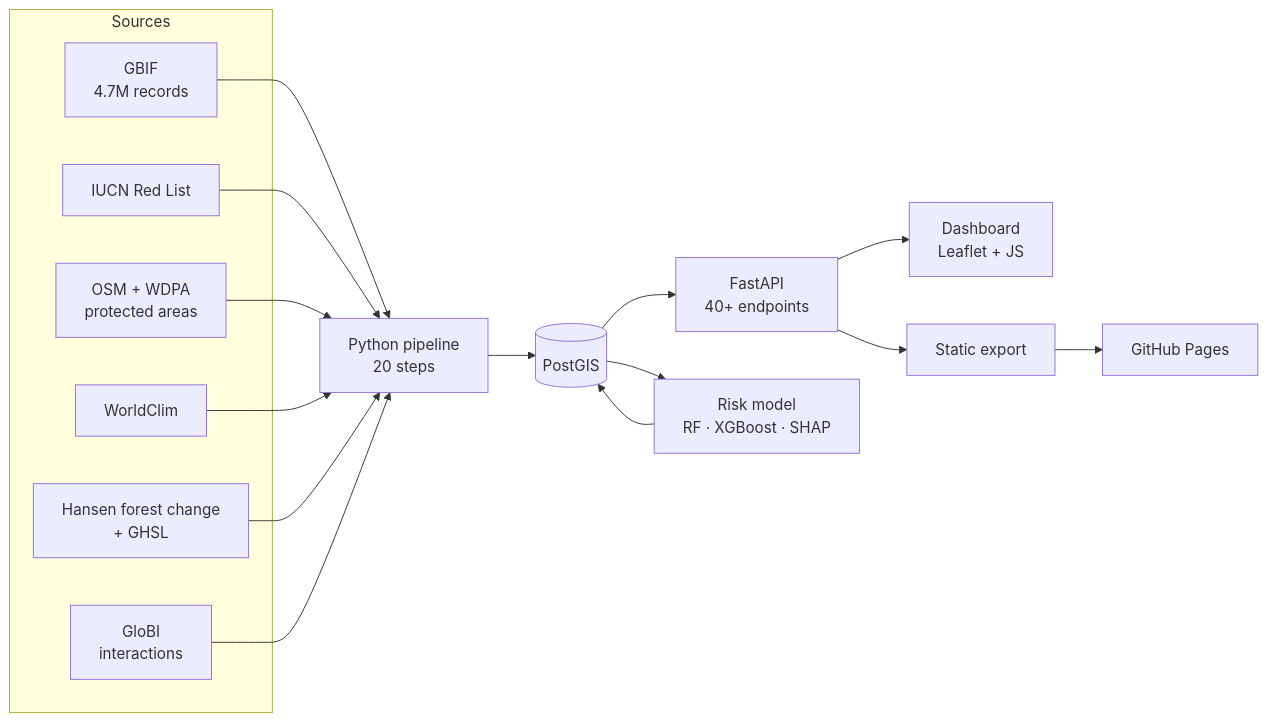
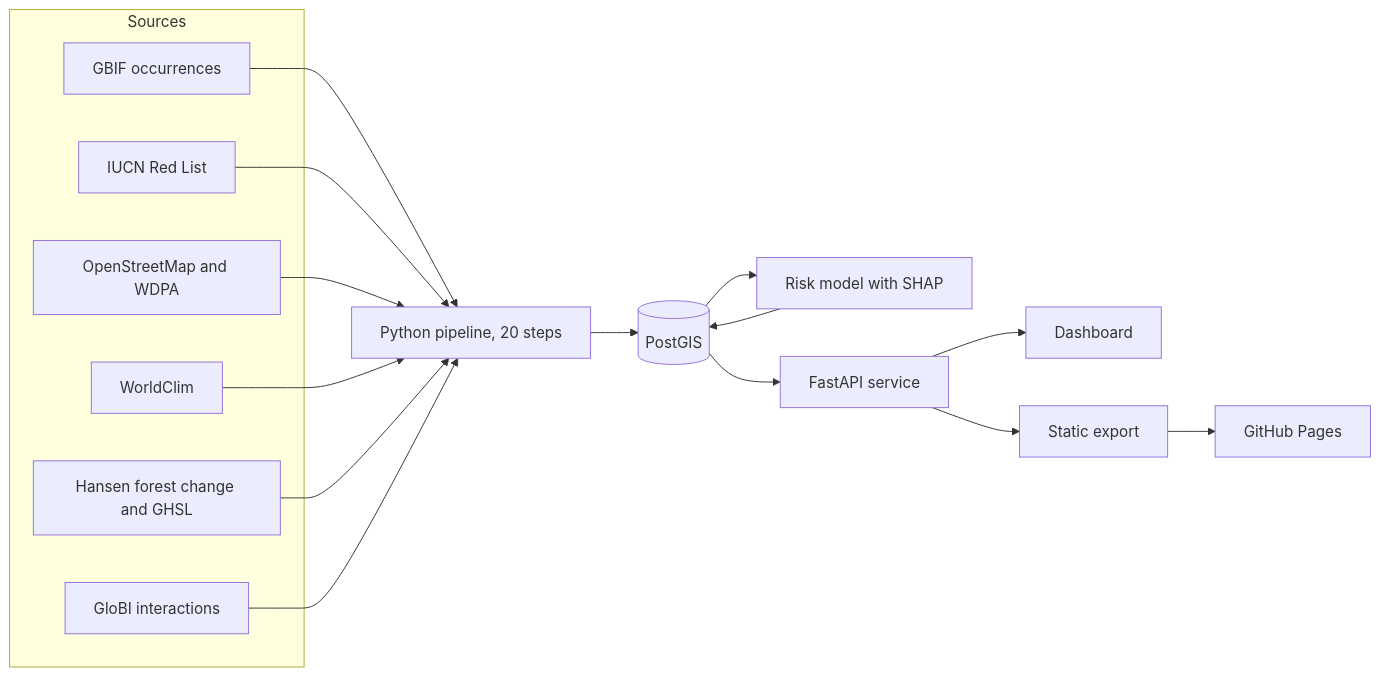
The diagram in README.md (deepaksharma0801/bioindia), drawn with Mermaid before and after one commit. The commit also changed other lines of this file and 5 other files, not shown here.

````diff
--- a/README.md
+++ b/README.md
@@ -65,18 +104,19 @@
 ```mermaid
 flowchart LR
     subgraph Sources
-        G[GBIF<br>4.7M records]
+        G[GBIF occurrences]
         I[IUCN Red List]
-        P[OSM + WDPA<br>protected areas]
+        P[OpenStreetMap and WDPA]
         W[WorldClim]
-        H[Hansen forest change<br>+ GHSL]
-        L[GloBI<br>interactions]
+        H[Hansen forest change and GHSL]
+        L[GloBI interactions]
     end
-    S[Python pipeline<br>20 steps] --> D[(PostGIS)]
-    G & I & P & W & H & L --> S
-    D --> A[FastAPI<br>40+ endpoints]
-    D --> M[Risk model<br>RF · XGBoost · SHAP]
+    G & I & P & W & H & L --> S[Python pipeline, 20 steps]
+    S --> D[(PostGIS)]
+    D --> M[Risk model with SHAP]
     M --> D
-    A --> UI[Dashboard<br>Leaflet + JS]
-    A --> X[Static export] --> GP[GitHub Pages]
+    D --> A[FastAPI service]
+    A --> UI[Dashboard]
+    A --> X[Static export]
+    X --> GP[GitHub Pages]
 ```
````
